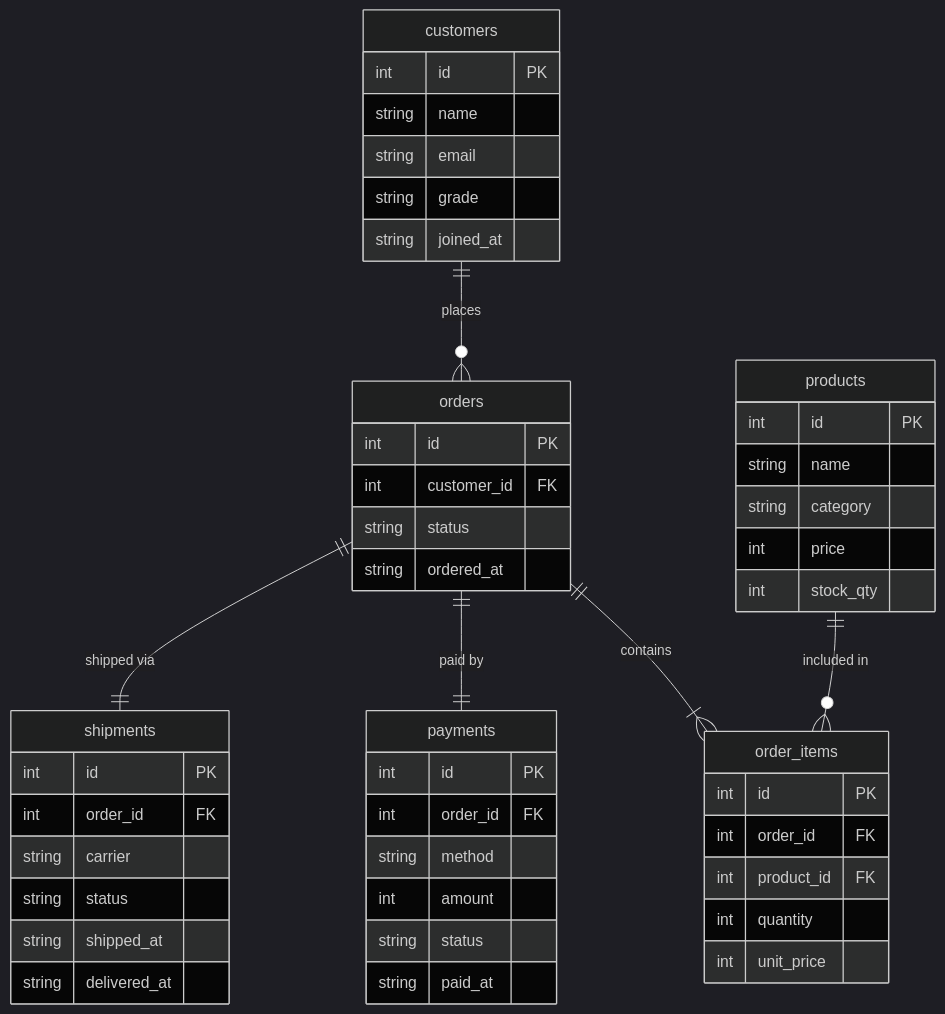
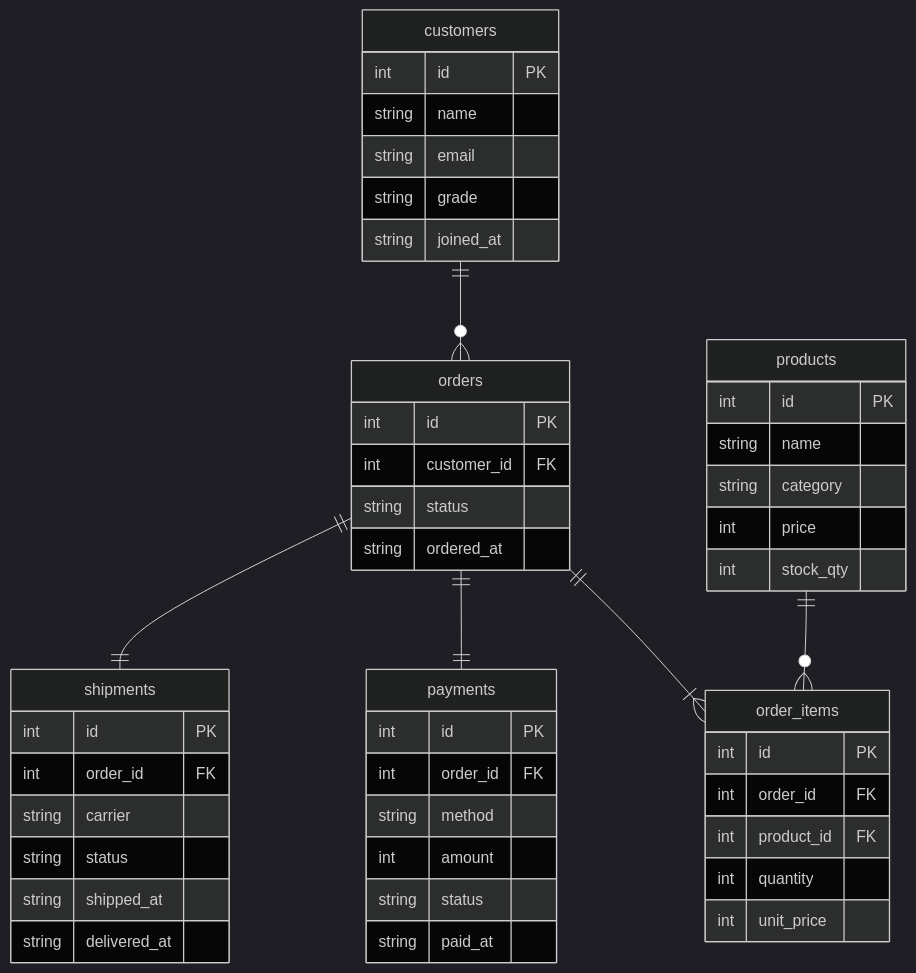
One commit to dota-pilot1/towercrane-for-uiux changed the diagram in towercrane-for-uiux-server/src/sql-practice/seeds/02_shop_order.mmd. Above: the diagram before and after it, drawn with Mermaid (dark theme). The commit also changed 11 other files, not shown here.

Commit message:
style: ERD 관계선 레이블 제거 — 까마귀발 표기법으로 충분

```diff
--- a/towercrane-for-uiux-server/src/sql-practice/seeds/02_shop_order.mmd
+++ b/towercrane-for-uiux-server/src/sql-practice/seeds/02_shop_order.mmd
@@ -1,50 +1,50 @@
 erDiagram
-    customers ||--o{ orders : "places"
-    orders ||--|{ order_items : "contains"
-    products ||--o{ order_items : "included in"
-    orders ||--|| payments : "paid by"
-    orders ||--|| shipments : "shipped via"
+    customers ||--o{ orders : ""
+    orders ||--|{ order_items : ""
+    products ||--o{ order_items : ""
+    orders ||--|| payments : ""
+    orders ||--|| shipments : ""
 
     customers {
         int id PK
         string name
         string email
         string grade
         string joined_at
     }
     products {
         int id PK
         string name
         string category
         int price
         int stock_qty
     }
     orders {
         int id PK
         int customer_id FK
         string status
         string ordered_at
     }
     order_items {
         int id PK
         int order_id FK
         int product_id FK
         int quantity
         int unit_price
     }
     payments {
         int id PK
         int order_id FK
         string method
         int amount
         string status
         string paid_at
     }
     shipments {
         int id PK
         int order_id FK
         string carrier
         string status
         string shipped_at
         string delivered_at
     }
```
